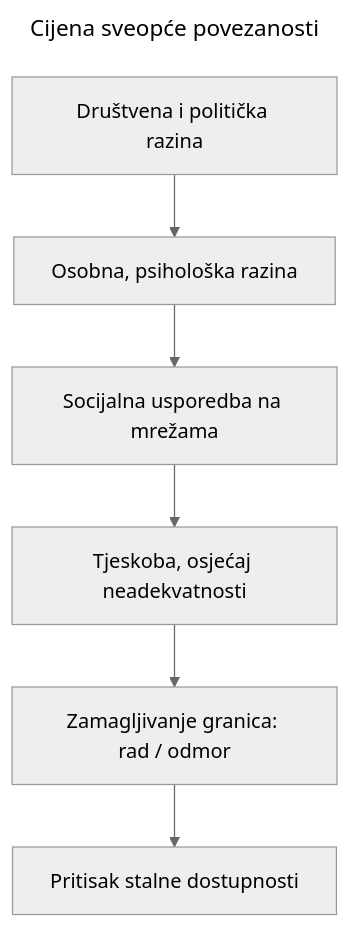
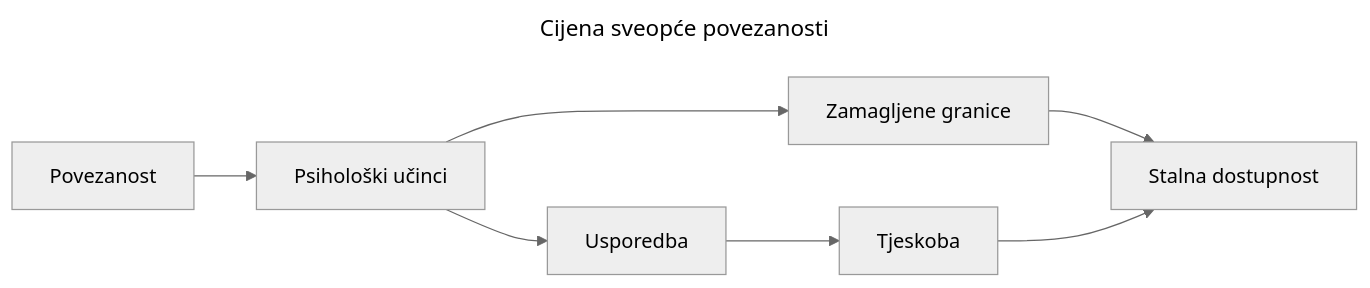
Before and after one commit to bperak/komunikacija_u_doba_ai: the diagram in docs/diagrams/ch02_cijena_povezanosti.mmd, drawn with Mermaid (neutral theme). The commit also changed 1008 other files, not shown here.

Commit message:
Finalize book layout, diagrams, and manuscript cleanup

```diff
--- a/docs/diagrams/ch02_cijena_povezanosti.mmd
+++ b/docs/diagrams/ch02_cijena_povezanosti.mmd
@@ -1,9 +1,10 @@
 ---
 title: Cijena sveopće povezanosti
 ---
-flowchart TD
-A[Društvena i politička razina] --> B[Osobna, psihološka razina]
-B --> C[Socijalna usporedba na mrežama]
-C --> D[Tjeskoba, osjećaj neadekvatnosti]
-D --> E[Zamagljivanje granica: rad / odmor]
-E --> F[Pritisak stalne dostupnosti]
+flowchart LR
+A[Povezanost] --> B[Psihološki učinci]
+B --> C[Usporedba]
+B --> D[Zamagljene granice]
+C --> E[Tjeskoba]
+D --> F[Stalna dostupnost]
+E --> F
```
